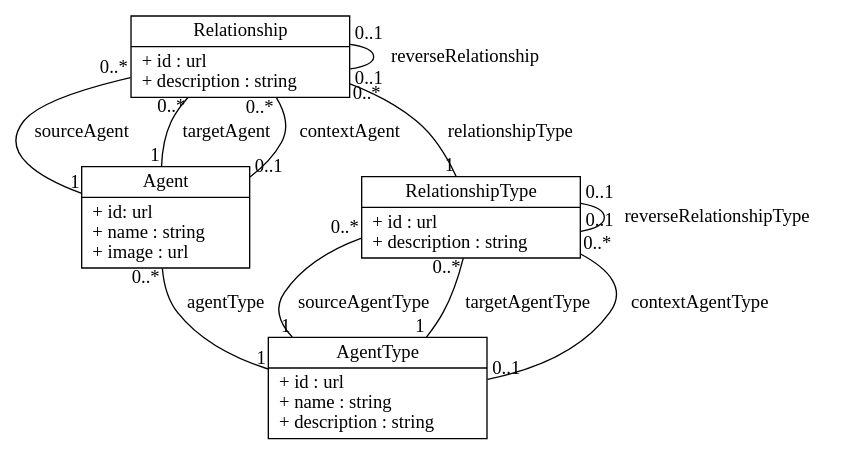
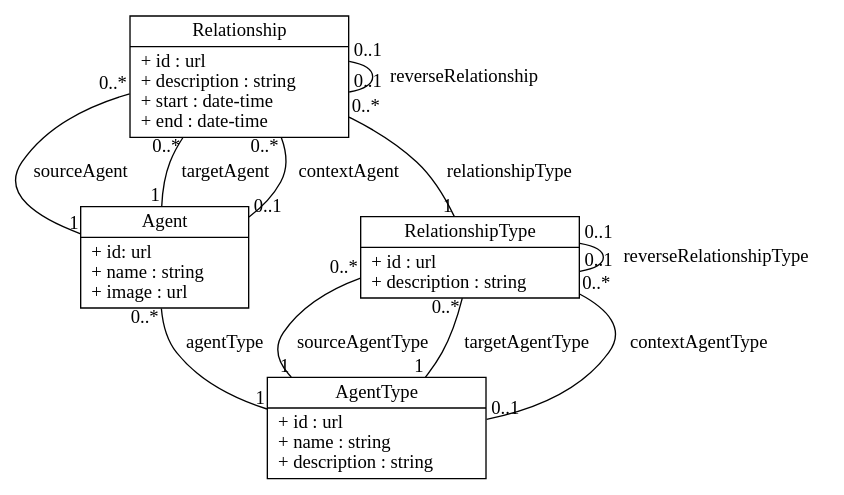
The diagram in assets/uml.dot (valueflows/agent), drawn with Graphviz before and after one commit. The commit also changed 3 other files, not shown here.

First line of the commit message:
add Relationship.start and Relationship.end

```diff
--- a/assets/uml.dot
+++ b/assets/uml.dot
@@ -1,105 +1,105 @@
 // structure copied from
 // http://www.ffnn.nl/pages/articles/media/uml-diagrams-using-graphviz-dot.php
 
 digraph G {
   fontname = "Bitstream Vera Sans"
   fontsize = 14
 
   node [
     fontname = "Bitstream Vera Sans"
     fontsize = 14
     shape = "record"
   ]
 
   edge [
     fontname = "Bitstream Vera Sans"
     fontsize = 14
     arrowhead = "none"
   ]
 
   AgentType [
     label = "{AgentType|+ id : url\l+ name : string\l+ description : string\l}"
   ]
 
   Agent [
     label = "{Agent|+ id: url\l+ name : string\l+ image : url\l}"
   ]
 
   RelationshipType [
     label = "{RelationshipType|+ id : url\l+ description : string\l}"
   ]
 
   Relationship [
-    label = "{Relationship|+ id : url\l+ description : string\l}"
+    label = "{Relationship|+ id : url\l+ description : string\l+ start : date-time\l+ end : date-time\l}"
   ]
 
   edge [
     headlabel = "1"
     taillabel = "0..*"
   ]
 
   edge[
     label = "sourceAgent"
   ]
   Relationship -> Agent
   edge [
     label = "targetAgent"
   ]
   Relationship -> Agent
 
   edge [
     headlabel = "0..1"
     label = "contextAgent"
   ]
   Relationship -> Agent
 
   edge [
     headlabel = "1"
     taillabel = "0..*"
   ]
 
   edge[
     label = "sourceAgentType"
   ]
   RelationshipType -> AgentType
   edge [
     label = "targetAgentType"
   ]
   RelationshipType -> AgentType
 
   edge [
     headlabel = "0..1"
     label = "contextAgentType"
   ]
   RelationshipType -> AgentType
 
   edge [
     headlabel = "1"
     taillabel = "0..*"
   ]
 
   edge [
     label = "relationshipType"
   ]
   Relationship -> RelationshipType
 
   edge [
     label = "agentType"
   ]
   Agent -> AgentType
 
   edge [
     headlabel = "0..1"
     taillabel = "0..1"
   ]
   
   edge [
     label = "reverseRelationshipType"
   ]
   RelationshipType -> RelationshipType
 
   edge [
     label = "reverseRelationship"
   ]
   Relationship -> Relationship
 }
```
